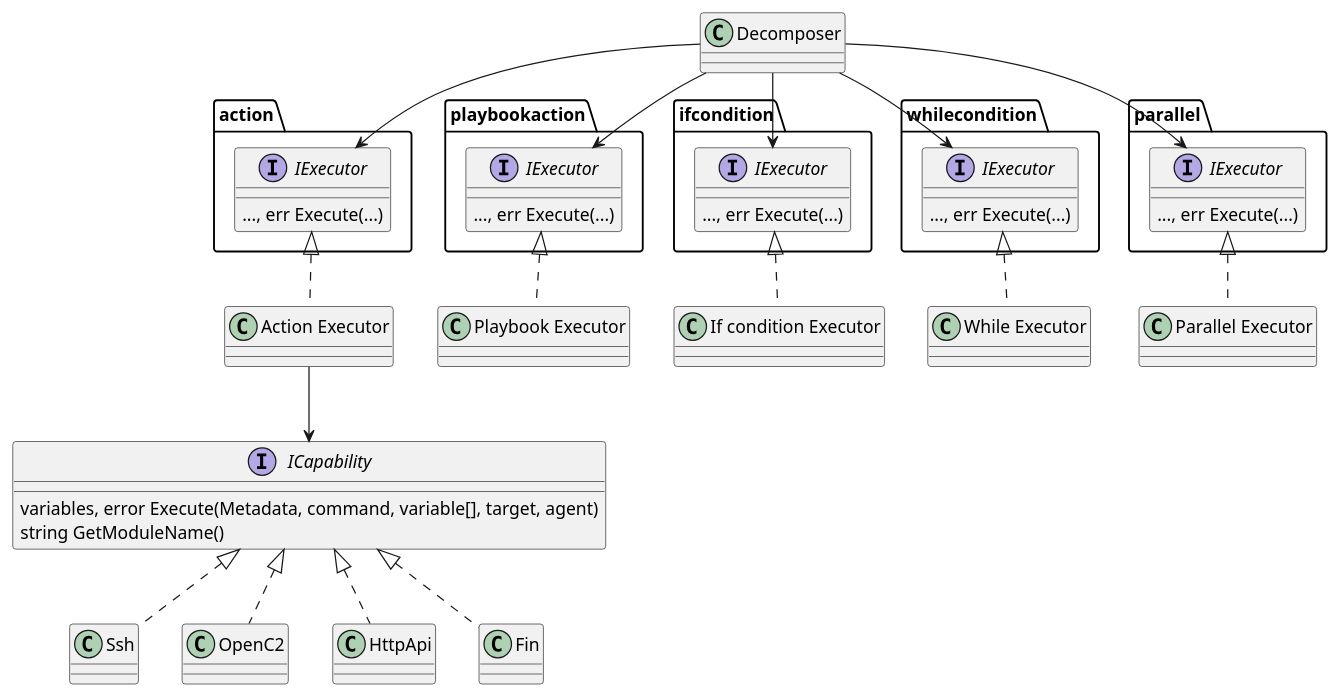
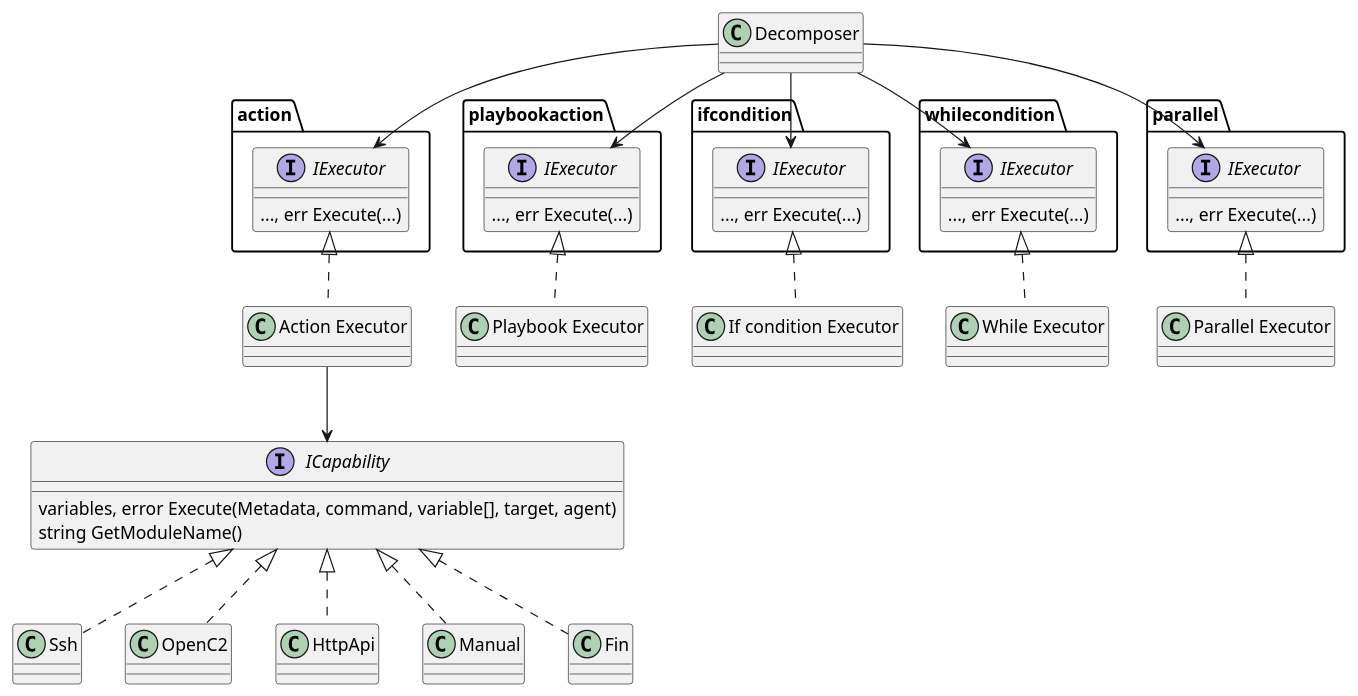
The first of 4 diagrams in docs/content/en/docs/core-components/executer.md (COSSAS/SOARCA), drawn with PlantUML before and after one commit. The commit also changed other lines of this file and 1 other file, not shown here.

Commit message:
Added manual step to documentation

````diff
--- a/docs/content/en/docs/core-components/executer.md
+++ b/docs/content/en/docs/core-components/executer.md
@@ -21,71 +21,73 @@
 ```plantuml
 
 package action{
     interface IExecutor {
         ..., err Execute(...)
     }
 }
 
 package playbookaction{
     interface IExecutor {
         ..., err Execute(...)
     }
 }
 
 package ifcondition{
     interface IExecutor {
         ..., err Execute(...)
     }
 }
 
 package whilecondition{
     interface IExecutor {
         ..., err Execute(...)
     }
 }
 
 package parallel{
     interface IExecutor {
         ..., err Execute(...)
     }
 }
 
 
 interface ICapability{
     variables, error Execute(Metadata, command, variable[], target, agent)
     string GetModuleName()
 }
 
 class "Decomposer" as decomposer
 class "Action Executor" as Executor 
 class "Playbook Executor" as playbook
 class "Parallel Executor" as parallelexecutor
 class "While Executor" as while
 class "If condition Executor" as condition
 
 class "Ssh" as ssh
 class "OpenC2" as openc2
 class "HttpApi" as api
+class "Manual" as manual
 class "Fin" as fin
 
 
 action.IExecutor <|.. Executor
 ICapability <-up- Executor
 ICapability <|.. ssh
 ICapability <|.. openc2
 ICapability <|.. api
+ICapability <|.. manual
 ICapability <|.. fin
 
 playbookaction.IExecutor <|.. playbook
 ifcondition.IExecutor <|.. condition
 whilecondition.IExecutor <|.. while
 parallel.IExecutor <|.. parallelexecutor
 
 decomposer -down-> playbookaction.IExecutor
 decomposer -down-> ifcondition.IExecutor
 decomposer -down-> whilecondition.IExecutor
 decomposer -down-> parallel.IExecutor
 decomposer -down-> action.IExecutor
 
 
 ```
````
